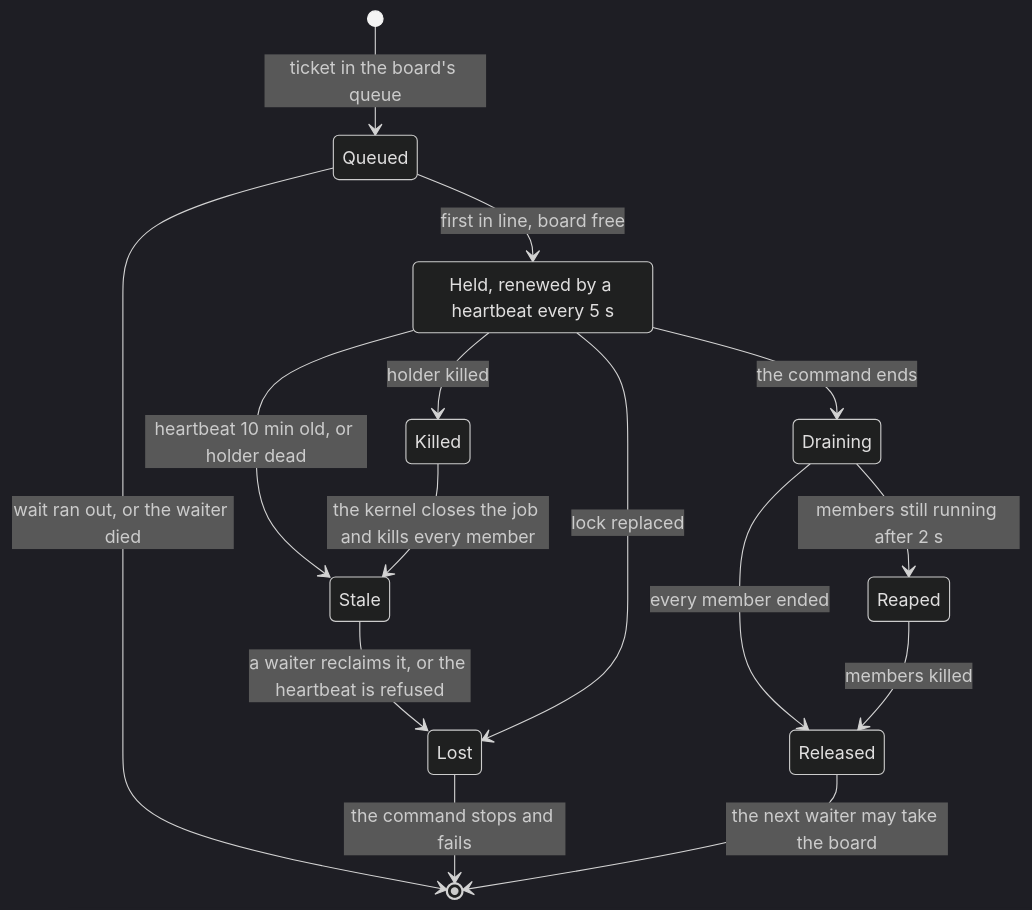
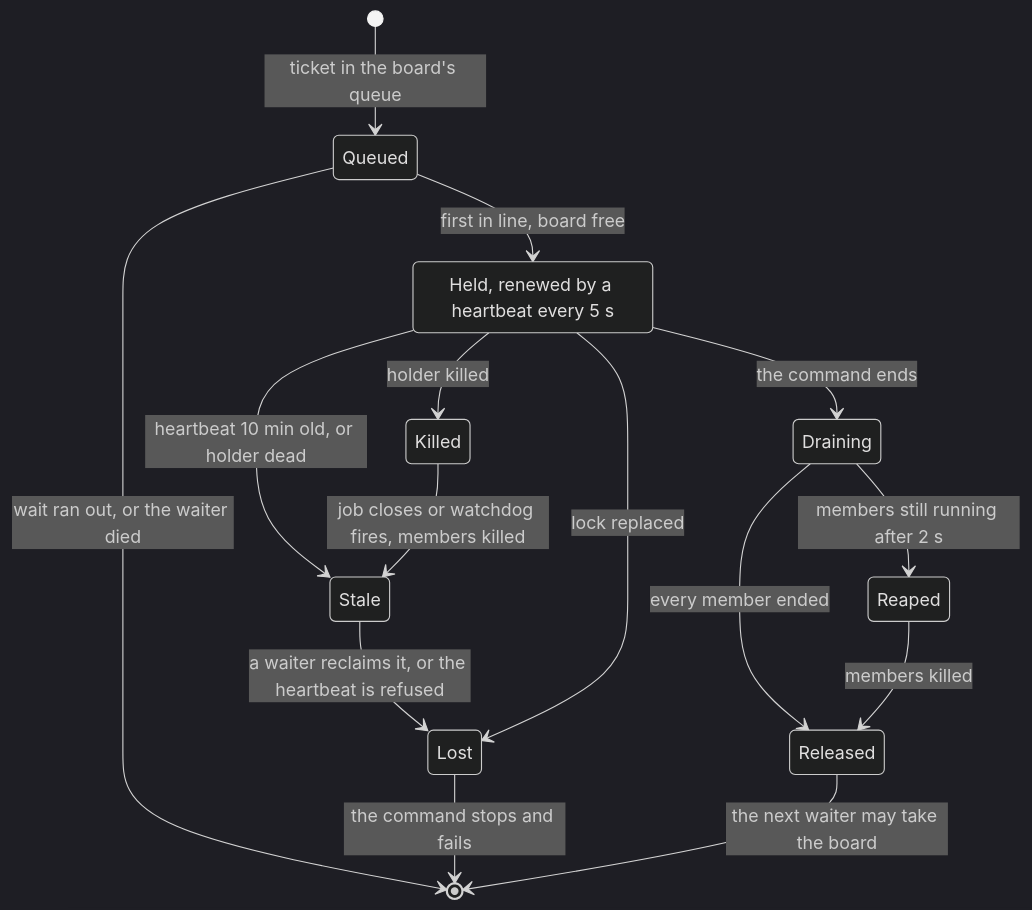
Before and after one commit to jose-villegas/autana: the second of 2 diagrams in docs/tools/Device-Lock.md, drawn with Mermaid (dark theme). The commit also changed other lines of this file and 7 other files, not shown here.

````diff
--- a/docs/tools/Device-Lock.md
+++ b/docs/tools/Device-Lock.md
@@ -187,18 +203,18 @@
 ```mermaid
 stateDiagram-v2
     state "Held, renewed by a heartbeat every 5 s" as Held
     [*] --> Queued: ticket in the board's queue
     Queued --> Held: first in line, board free
     Queued --> [*]: wait ran out, or the waiter died
     Held --> Stale: heartbeat 10 min old, or holder dead
     Stale --> Lost: a waiter reclaims it, or the heartbeat is refused
     Held --> Lost: lock replaced
     Lost --> [*]: the command stops and fails
     Held --> Draining: the command ends
     Draining --> Reaped: members still running after 2 s
     Draining --> Released: every member ended
     Reaped --> Released: members killed
     Released --> [*]: the next waiter may take the board
     Held --> Killed: holder killed
-    Killed --> Stale: the kernel closes the job and kills every member
+    Killed --> Stale: job closes or watchdog fires, members killed
 ```
````
